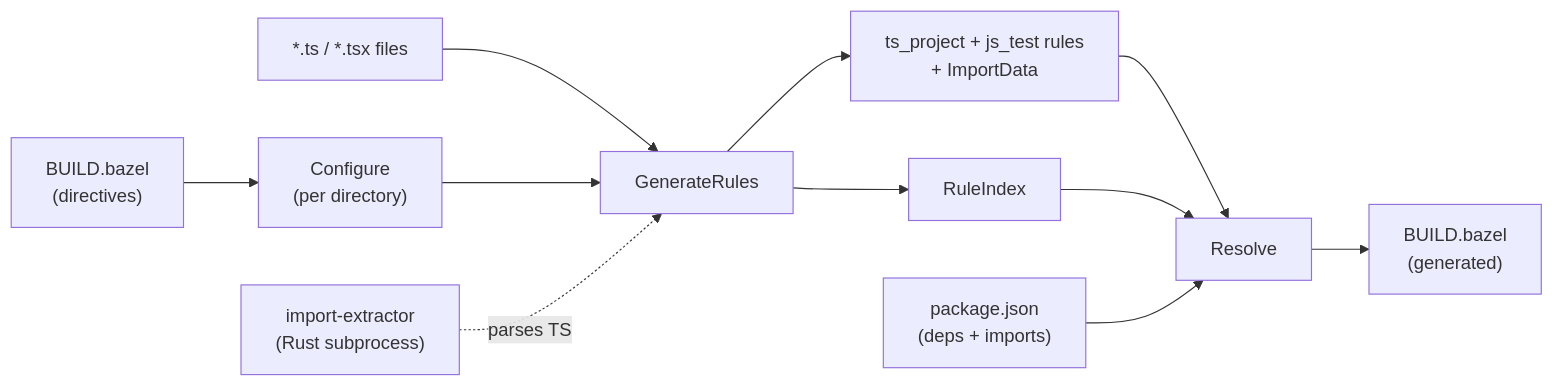
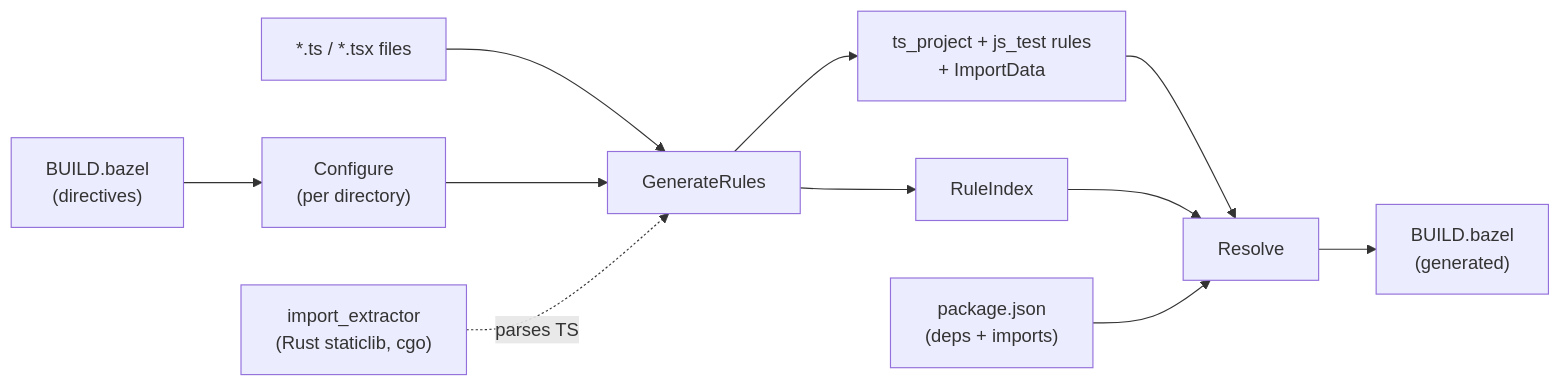
Before and after one commit to hermeticbuild/gazelle_plugins: the diagram in ts/README.md, drawn with Mermaid. The commit also changed other lines of this file and 53 other files, not shown here.

````diff
--- a/ts/README.md
+++ b/ts/README.md
@@ -45,13 +45,13 @@
 ```mermaid
 flowchart LR
     A["BUILD.bazel<br/>(directives)"] --> CFG["Configure<br/>(per directory)"]
     F["*.ts / *.tsx files"] --> GEN["GenerateRules"]
     CFG --> GEN
-    SUB["import-extractor<br/>(Rust subprocess)"] -. parses TS .-> GEN
+    SUB["import_extractor<br/>(Rust staticlib, cgo)"] -. parses TS .-> GEN
     GEN --> RULES["ts_project + js_test rules<br/>+ ImportData"]
     GEN --> IDX["RuleIndex"]
     RULES --> RES["Resolve"]
     IDX --> RES
     PKG["package.json<br/>(deps + imports)"] --> RES
     RES --> OUT["BUILD.bazel<br/>(generated)"]
 ```
````
